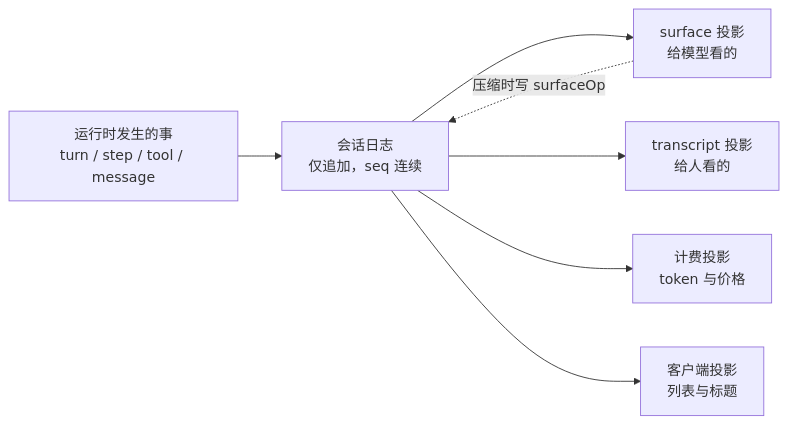
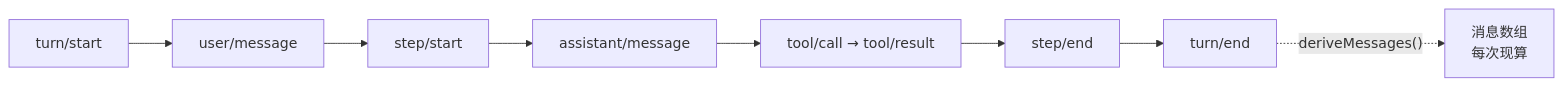
One commit to nuaahuang/agent-platform-at-scale changed the first of 2 diagrams in book/part-06-harness/19-session-log-and-replay.md. Above: the diagram before and after it, drawn with Mermaid. The commit also changed other lines of this file and 6 other files, not shown here.

````diff
--- a/book/part-06-harness/19-session-log-and-replay.md
+++ b/book/part-06-harness/19-session-log-and-replay.md
@@ -17,9 +15,9 @@
 ```mermaid
 flowchart LR
-  EV["运行时发生的事<br/>turn / step / tool / message"] --> LOG["会话日志<br/>仅追加，seq 连续"]
-  LOG --> S["surface 投影<br/>给模型看的"]
-  LOG --> TR["transcript 投影<br/>给人看的"]
-  LOG --> BILL["计费投影<br/>token 与价格"]
-  LOG --> UI["客户端投影<br/>列表与标题"]
-  S -.->|"压缩时写 surfaceOp"| LOG
+  A["turn/start"] --> B["user/message"] --> C["step/start"]
+  C --> D["assistant/message"]
+  D --> E["tool/call → tool/result"]
+  E --> F["step/end"]
+  F --> G["turn/end"]
+  G -.->|"deriveMessages()"| H["消息数组<br/>每次现算"]
 ```
````
